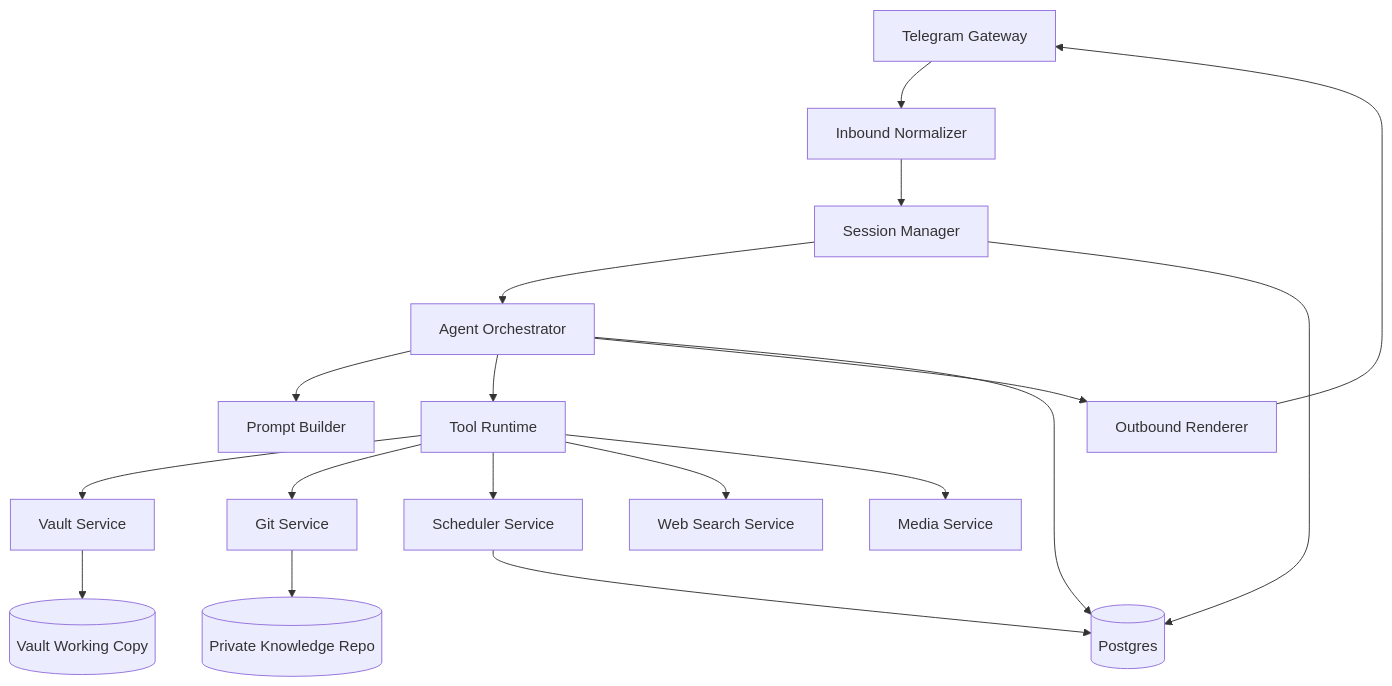
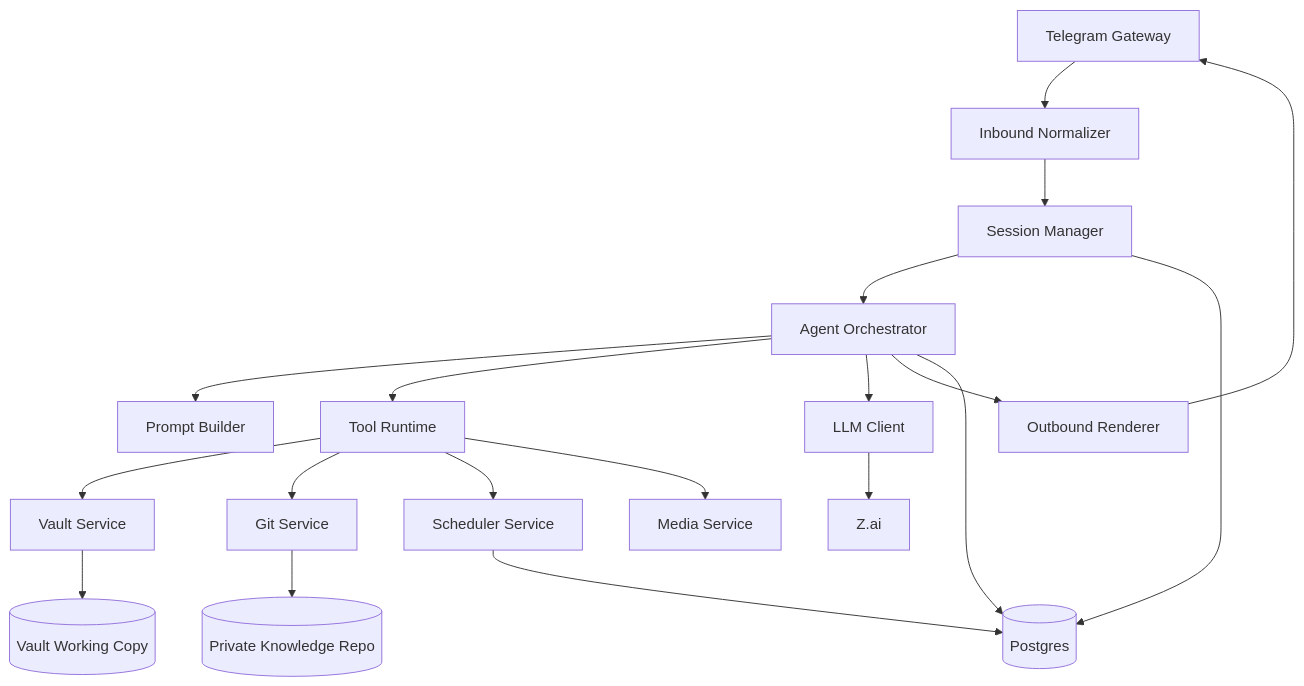
Before and after one commit to Ilyuha888/claude-telegram-bot: the diagram in ARCHITECTURE.md, drawn with Mermaid. The commit also changed other lines of this file and 2 other files, not shown here.

First line of the commit message:
docs(architecture): finalize MVP integration and runtime decisions

````diff
--- a/ARCHITECTURE.md
+++ b/ARCHITECTURE.md
@@ -35,21 +39,22 @@
 ```mermaid
 flowchart TD
     TG[Telegram Gateway] --> NORM[Inbound Normalizer]
     NORM --> SESS[Session Manager]
     SESS --> ORCH[Agent Orchestrator]
     ORCH --> PROMPT[Prompt Builder]
     ORCH --> TOOLRT[Tool Runtime]
+    ORCH --> LLM[LLM Client]
     TOOLRT --> VAULT[Vault Service]
     TOOLRT --> GIT[Git Service]
     TOOLRT --> JOBS[Scheduler Service]
-    TOOLRT --> WEB[Web Search Service]
     TOOLRT --> MEDIA[Media Service]
+    LLM --> ZAI[Z.ai]
     ORCH --> OUT[Outbound Renderer]
     OUT --> TG
 
     SESS --> DB[(Postgres)]
     ORCH --> DB
     JOBS --> DB
     VAULT --> FS[(Vault Working Copy)]
     GIT --> REMOTE[(Private Knowledge Repo)]
 ```
````
